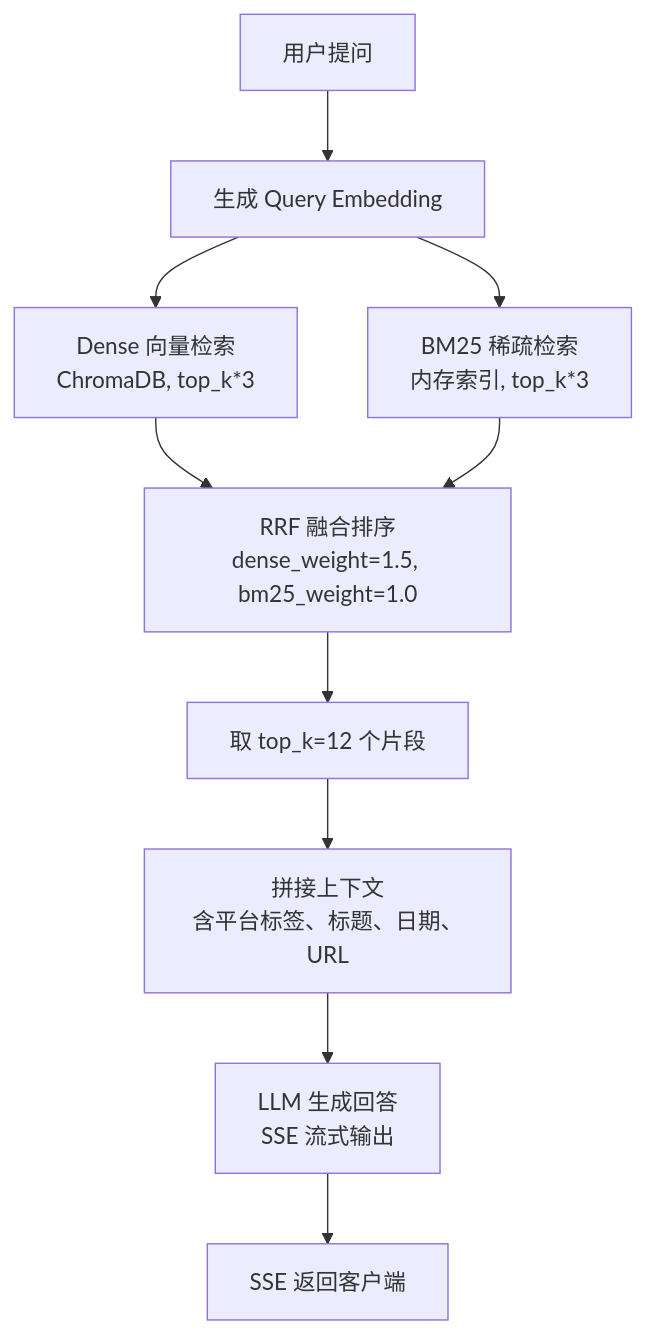
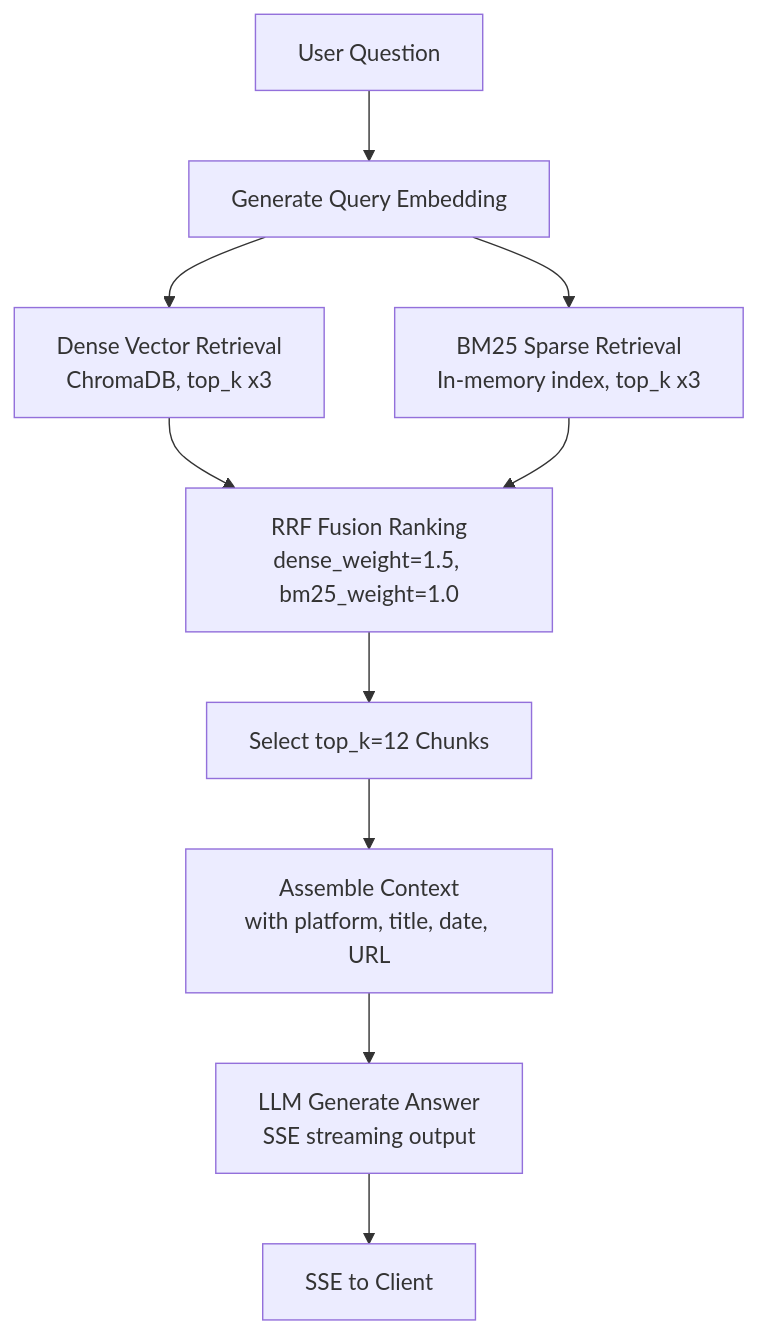
Before and after one commit to XUranus/dungeon: the third of 3 diagrams in docs/docs/api/chat.mdx, drawn with Mermaid. The commit also changed other lines of this file and 75 other files, not shown here.

````diff
--- a/docs/docs/api/chat.mdx
+++ b/docs/docs/api/chat.mdx
@@ -151,12 +242,12 @@
 ```mermaid
 flowchart TD
-    Q[用户提问] --> E[生成 Query Embedding]
-    E --> DENSE[Dense 向量检索<br/>ChromaDB, top_k*3]
-    E --> BM25[BM25 稀疏检索<br/>内存索引, top_k*3]
-    DENSE --> RRF[RRF 融合排序<br/>dense_weight=1.5, bm25_weight=1.0]
+    Q[User Question] --> E[Generate Query Embedding]
+    E --> DENSE[Dense Vector Retrieval<br/>ChromaDB, top_k x3]
+    E --> BM25[BM25 Sparse Retrieval<br/>In-memory index, top_k x3]
+    DENSE --> RRF[RRF Fusion Ranking<br/>dense_weight=1.5, bm25_weight=1.0]
     BM25 --> RRF
-    RRF --> TOP[取 top_k=12 个片段]
-    TOP --> CTX[拼接上下文<br/>含平台标签、标题、日期、URL]
-    CTX --> LLM[LLM 生成回答<br/>SSE 流式输出]
-    LLM --> SSE[SSE 返回客户端]
+    RRF --> TOP[Select top_k=12 Chunks]
+    TOP --> CTX[Assemble Context<br/>with platform, title, date, URL]
+    CTX --> LLM[LLM Generate Answer<br/>SSE streaming output]
+    LLM --> SSE[SSE to Client]
 ```
````
